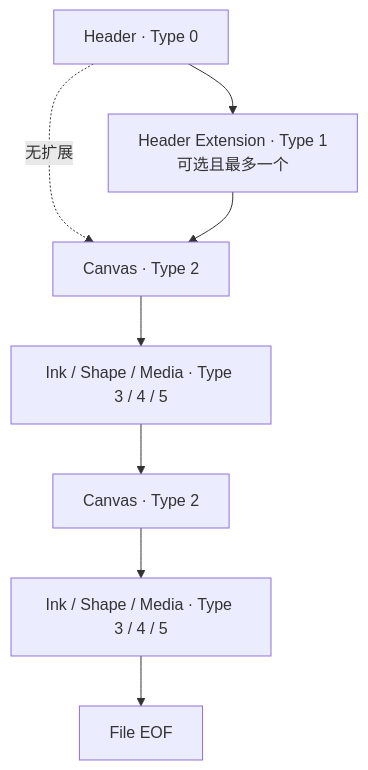
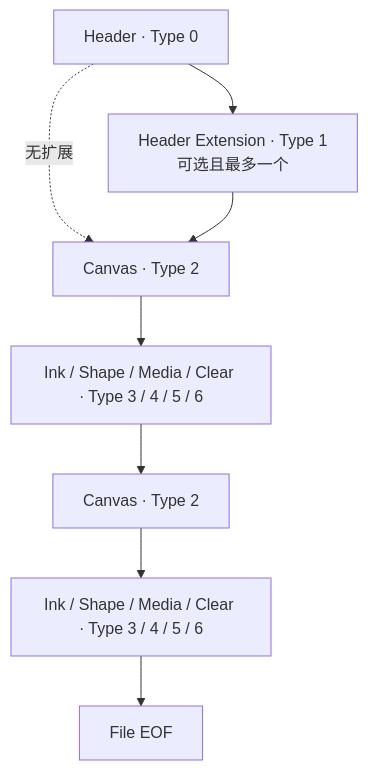
Before and after one commit to Alan-CRL/inkeys.top: the diagram in docs/standard/file/main.md, drawn with Mermaid. The commit also changed other lines of this file and 11 other files, not shown here.

````diff
--- a/docs/standard/file/main.md
+++ b/docs/standard/file/main.md
@@ -9,10 +9,10 @@
 ```mermaid
 flowchart TB
   H["Header · Type 0"] --> HE["Header Extension · Type 1<br/>可选且最多一个"]
   H -. "无扩展" .-> C1
   HE --> C1["Canvas · Type 2"]
-  C1 --> B1["Ink / Shape / Media · Type 3 / 4 / 5"]
+  C1 --> B1["Ink / Shape / Media / Clear · Type 3 / 4 / 5 / 6"]
   B1 --> C2["Canvas · Type 2"]
-  C2 --> B2["Ink / Shape / Media · Type 3 / 4 / 5"]
+  C2 --> B2["Ink / Shape / Media / Clear · Type 3 / 4 / 5 / 6"]
   B2 --> EOF["File EOF"]
 ```
````
